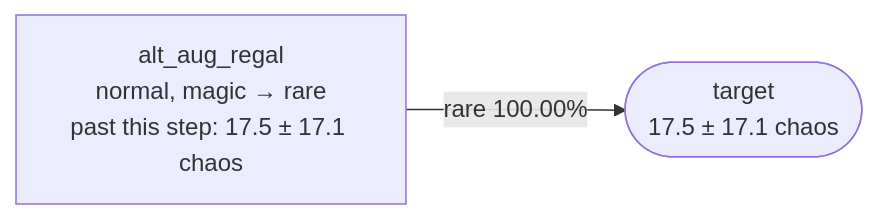
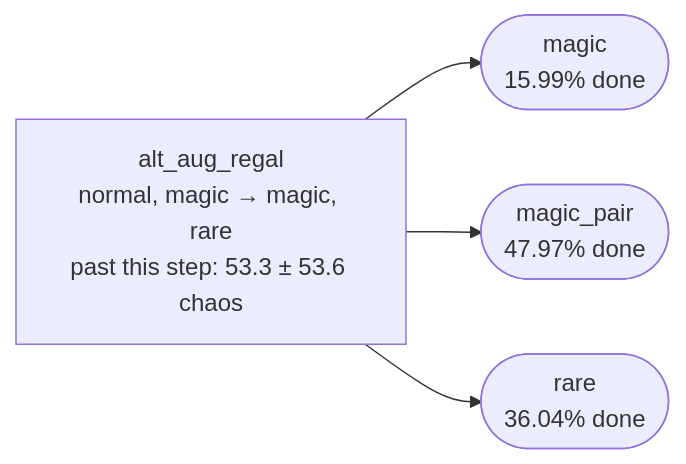
The first of 2 diagrams in crates/simple/craft.md (2143-Labs/how.poe.sale), drawn with Mermaid before and after one commit. The commit also changed other lines of this file and 8 other files, not shown here.

````diff
--- a/crates/simple/craft.md
+++ b/crates/simple/craft.md
@@ -25,6 +25,10 @@
 ```mermaid
 flowchart LR
-  s0["alt_aug_regal<br/>normal, magic → rare<br/>past this step: 17.5 ± 17.1 chaos"]
-  target(["target<br/>17.5 ± 17.1 chaos"])
-  s0 -->|"rare 100.00%"| target
+  s0["alt_aug_regal<br/>normal, magic → magic, rare<br/>past this step: 53.3 ± 53.6 chaos"]
+  o0_magic(["magic<br/>15.99% done"])
+  o0_magic_pair(["magic_pair<br/>47.97% done"])
+  o0_rare(["rare<br/>36.04% done"])
+  s0 --> o0_magic
+  s0 --> o0_magic_pair
+  s0 --> o0_rare
 ```
````
